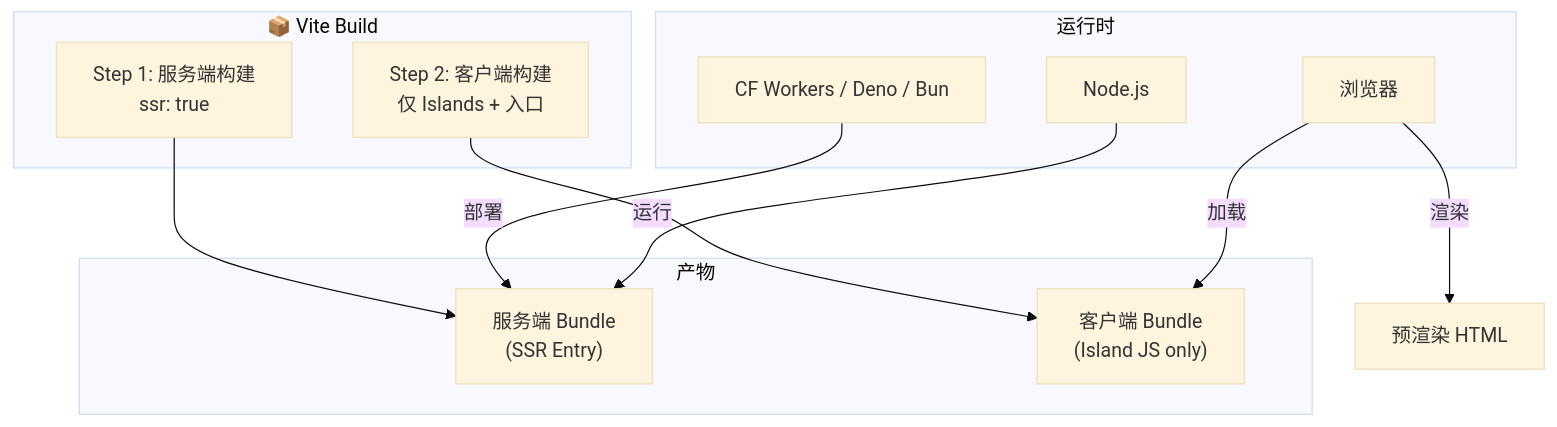
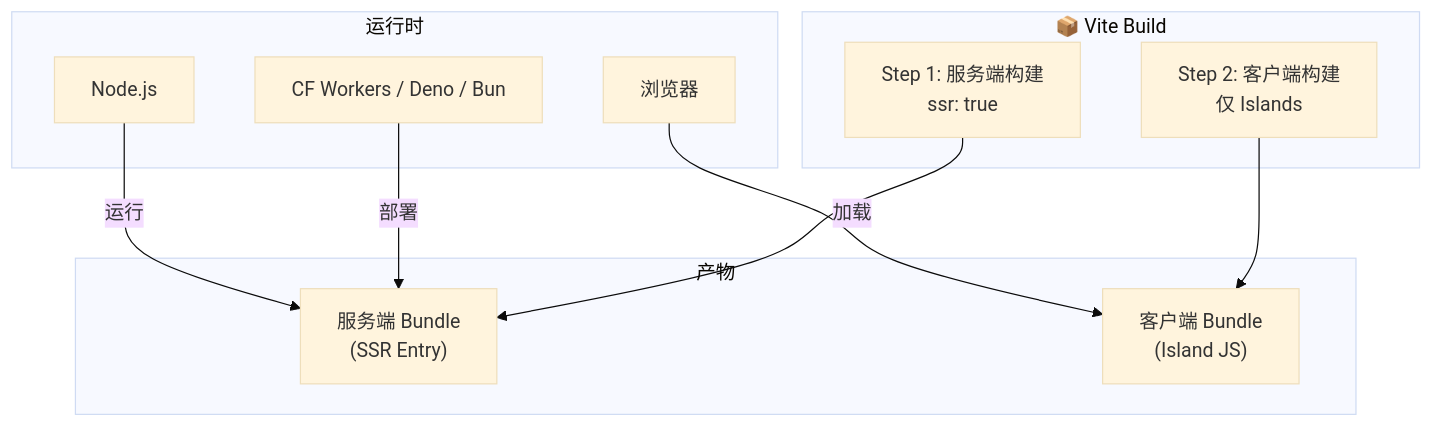
Before and after one commit to SisyphusZheng/kiss: the second of 8 diagrams in docs/architecture.md, drawn with Mermaid (base theme). The commit also changed other lines of this file and 73 other files, not shown here.

````diff
--- a/docs/architecture.md
+++ b/docs/architecture.md
@@ -103,25 +110,24 @@
 ```mermaid
 flowchart TB
     subgraph Build["📦 Vite Build"]
         SB["Step 1: 服务端构建<br/>ssr: true"]
-        CB["Step 2: 客户端构建<br/>仅 Islands + 入口"]
+        CB["Step 2: 客户端构建<br/>仅 Islands"]
     end
 
     subgraph Output["产物"]
         SBundle["服务端 Bundle<br/>(SSR Entry)"]
-        CBundle["客户端 Bundle<br/>(Island JS only)"]
+        CBundle["客户端 Bundle<br/>(Island JS)"]
     end
 
     subgraph Runtime["运行时"]
         Edge["CF Workers / Deno / Bun"]
         Node["Node.js"]
         Browser["浏览器"]
     end
 
     SB --> SBundle
     CB --> CBundle
     Edge -->|"部署"| SBundle
     Node -->|"运行"| SBundle
     Browser -->|"加载"| CBundle
-    Browser -->|"渲染"| StaticHTML["预渲染 HTML"]
 ```
````
